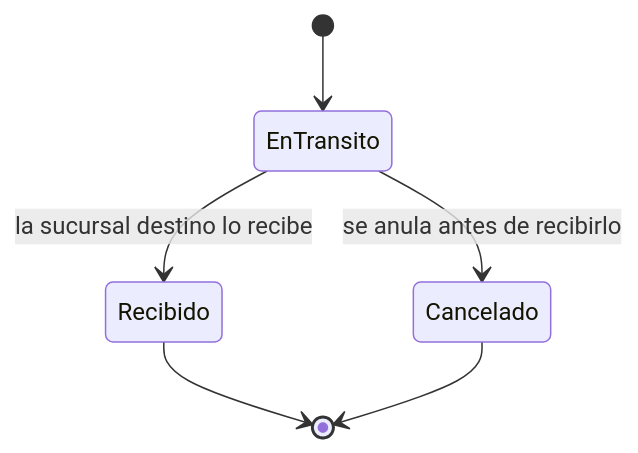
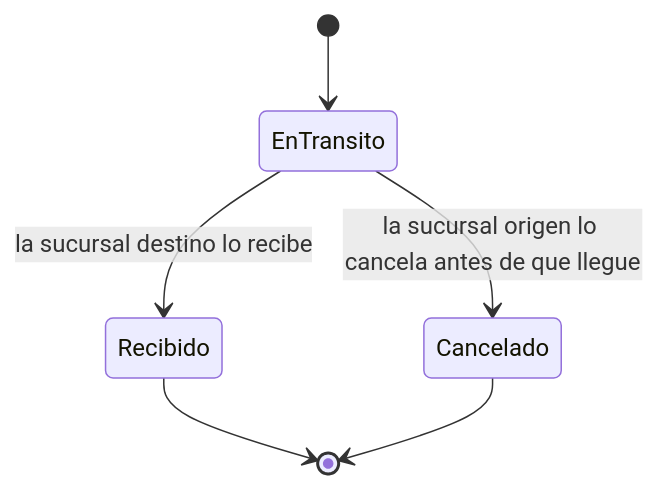
Before and after one commit to santiagoAbasto/Sistema-Backphone: the third of 4 diagrams in README.md, drawn with Mermaid. The commit also changed other lines of this file, not shown here.

First line of the commit message:
docs: corrige el README para que cuadre con el código

````diff
--- a/README.md
+++ b/README.md
@@ -125,8 +125,8 @@
 ```mermaid
 stateDiagram-v2
     [*] --> EnTransito
     EnTransito --> Recibido: la sucursal destino lo recibe
-    EnTransito --> Cancelado: se anula antes de recibirlo
+    EnTransito --> Cancelado: la sucursal origen lo cancela antes de que llegue
     Recibido --> [*]
     Cancelado --> [*]
 ```
````
